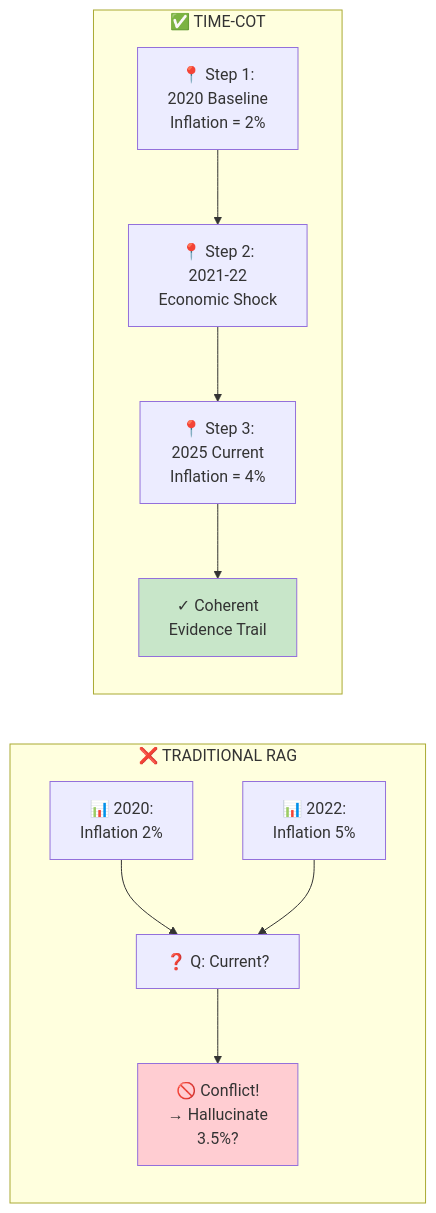
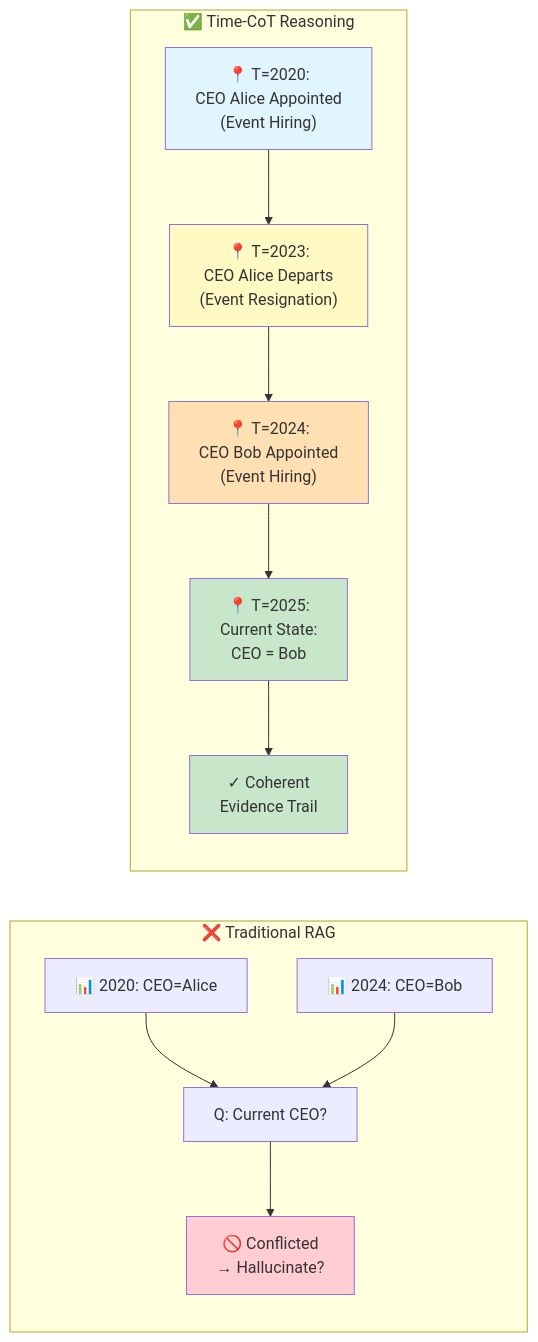
One commit to chandhutatineni/chandhutatineni.github.io changed diagram 11 of 30 in _posts/2025-01-30-graph-rag.md. Above: the diagram before and after it, drawn with Mermaid. The commit also changed other lines of this file and 1 other file, not shown here.

````diff
--- a/_posts/2025-01-30-graph-rag.md
+++ b/_posts/2025-01-30-graph-rag.md
@@ -470,25 +597,30 @@
 ```mermaid
 graph LR
-    subgraph Problem["❌ TRADITIONAL RAG"]
-        D1["📊 2020:<br/>Inflation 2%"]
-        D2["📊 2022:<br/>Inflation 5%"]
-        Q["❓ Q: Current?"]
+    subgraph OldWay["❌ Traditional RAG"]
+        D1["📊 2020: CEO=Alice"]
+        D2["📊 2024: CEO=Bob"]
+        Q["Q: Current CEO?"]
         D1 --> Q
         D2 --> Q
-        Q --> A1["🚫 Conflict!<br/>→ Hallucinate<br/>3.5%?"]
-        
+        Q --> A1["🚫 Conflicted<br/>→ Hallucinate?"]
         style A1 fill:#ffcdd2
     end
     
-    subgraph Solution["✅ TIME-COT"]
-        T1["📍 Step 1:<br/>2020 Baseline<br/>Inflation = 2%"]
-        T2["📍 Step 2:<br/>2021-22<br/>Economic Shock"]
-        T3["📍 Step 3:<br/>2025 Current<br/>Inflation = 4%"]
+    subgraph TimeCoT["✅ Time-CoT Reasoning"]
+        T1["📍 T=2020:<br/>CEO Alice Appointed<br/>(Event Hiring)"]
+        T2["📍 T=2023:<br/>CEO Alice Departs<br/>(Event Resignation)"]
+        T3["📍 T=2024:<br/>CEO Bob Appointed<br/>(Event Hiring)"]
+        T4["📍 T=2025:<br/>Current State:<br/>CEO = Bob"]
         
         T1 --> T2
         T2 --> T3
-        T3 --> A2["✓ Coherent<br/>Evidence Trail"]
+        T3 --> T4
+        T4 --> A2["✓ Coherent<br/>Evidence Trail"]
         
+        style T1 fill:#e1f5ff
+        style T2 fill:#fff9c4
+        style T3 fill:#ffe0b2
+        style T4 fill:#c8e6c9
         style A2 fill:#c8e6c9
     end
 ```
````
